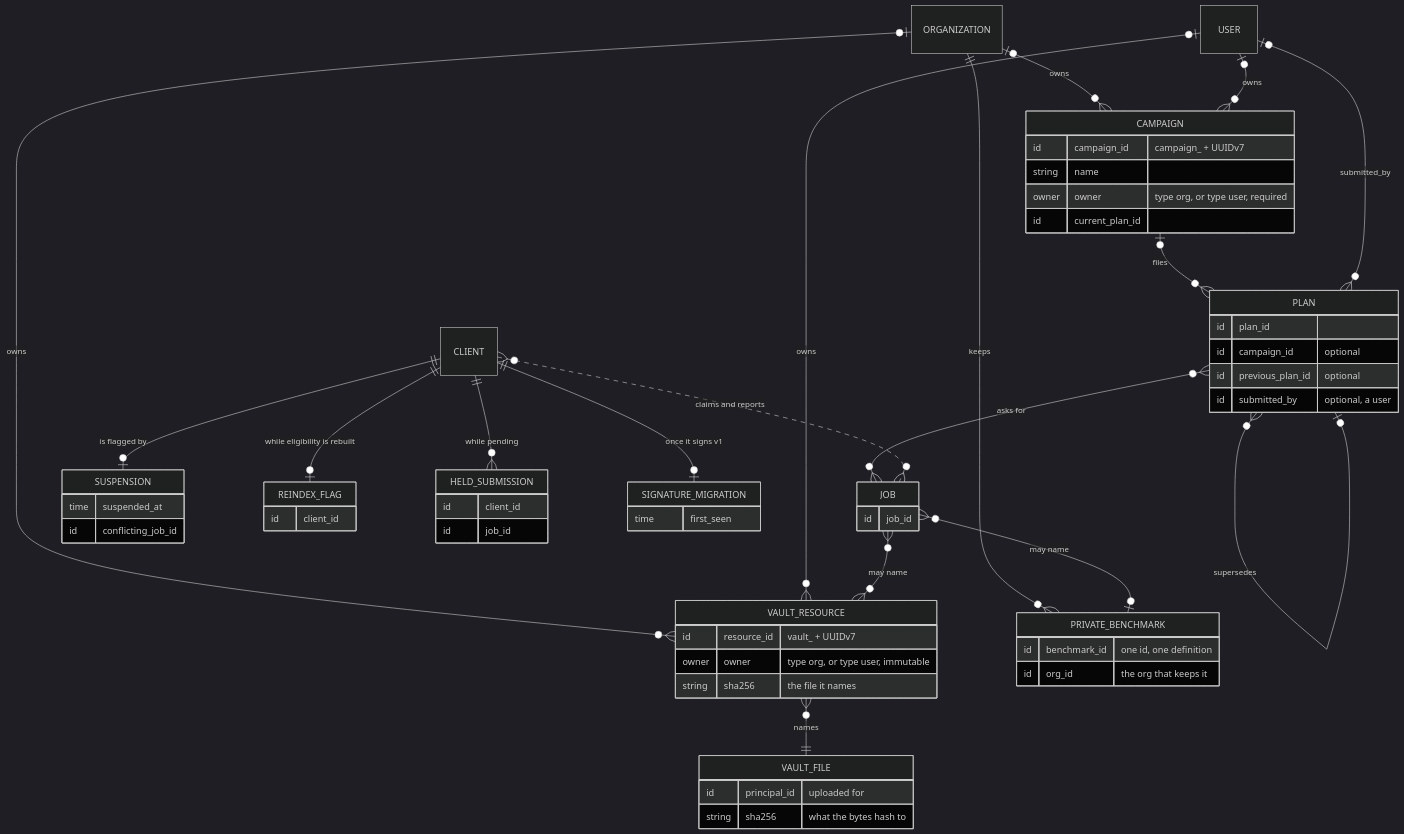
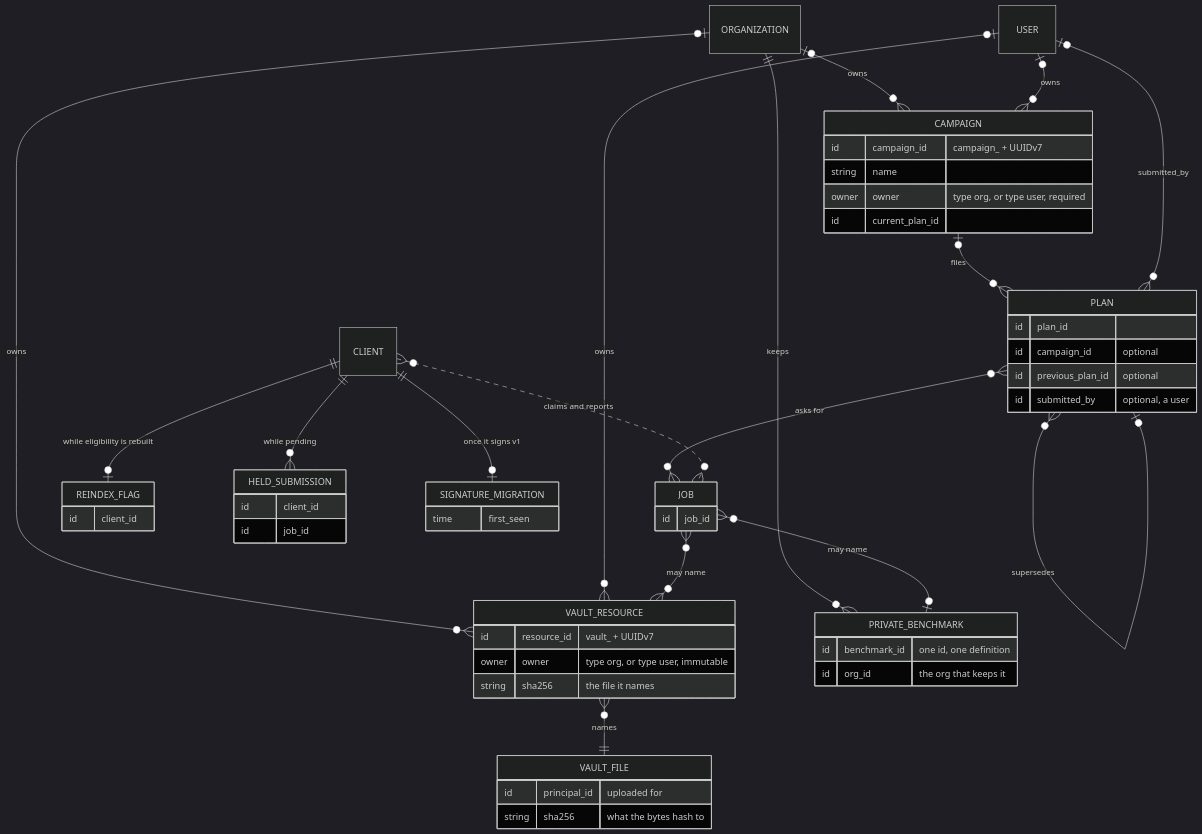
The fourth of 28 diagrams in docs/topology.md (Liquid4All/pipette-mgmt), drawn with Mermaid (dark theme) before and after one commit. The commit also changed other lines of this file and 203 other files, not shown here.

````diff
--- a/docs/topology.md
+++ b/docs/topology.md
@@ -260,63 +259,58 @@
 ```mermaid
 erDiagram
     CAMPAIGN {
         id campaign_id "campaign_ + UUIDv7"
         string name
         owner owner "type org, or type user, required"
         id current_plan_id
     }
     PLAN {
         id plan_id
         id campaign_id "optional"
         id previous_plan_id "optional"
         id submitted_by "optional, a user"
     }
     JOB {
         id job_id
     }
     VAULT_RESOURCE {
         id resource_id "vault_ + UUIDv7"
         owner owner "type org, or type user, immutable"
         string sha256 "the file it names"
     }
     VAULT_FILE {
         id principal_id "uploaded for"
         string sha256 "what the bytes hash to"
     }
     PRIVATE_BENCHMARK {
         id benchmark_id "one id, one definition"
         id org_id "the org that keeps it"
     }
-    SUSPENSION {
-        time suspended_at
-        id conflicting_job_id
-    }
     REINDEX_FLAG {
         id client_id
     }
     HELD_SUBMISSION {
         id client_id
         id job_id
     }
     SIGNATURE_MIGRATION {
         time first_seen
     }
 
     ORGANIZATION |o--o{ CAMPAIGN : "owns"
     USER |o--o{ CAMPAIGN : "owns"
     CAMPAIGN |o--o{ PLAN : "files"
     PLAN }o--o| PLAN : "supersedes"
     USER |o--o{ PLAN : "submitted_by"
     PLAN }o--o{ JOB : "asks for"
     ORGANIZATION |o--o{ VAULT_RESOURCE : "owns"
     USER |o--o{ VAULT_RESOURCE : "owns"
     VAULT_RESOURCE }o--|| VAULT_FILE : "names"
     ORGANIZATION ||--o{ PRIVATE_BENCHMARK : "keeps"
     JOB }o--o{ VAULT_RESOURCE : "may name"
     JOB }o--o| PRIVATE_BENCHMARK : "may name"
     CLIENT }o..o{ JOB : "claims and reports"
-    CLIENT ||--o| SUSPENSION : "is flagged by"
     CLIENT ||--o| REINDEX_FLAG : "while eligibility is rebuilt"
     CLIENT ||--o{ HELD_SUBMISSION : "while pending"
     CLIENT ||--o| SIGNATURE_MIGRATION : "once it signs v1"
 ```
````
